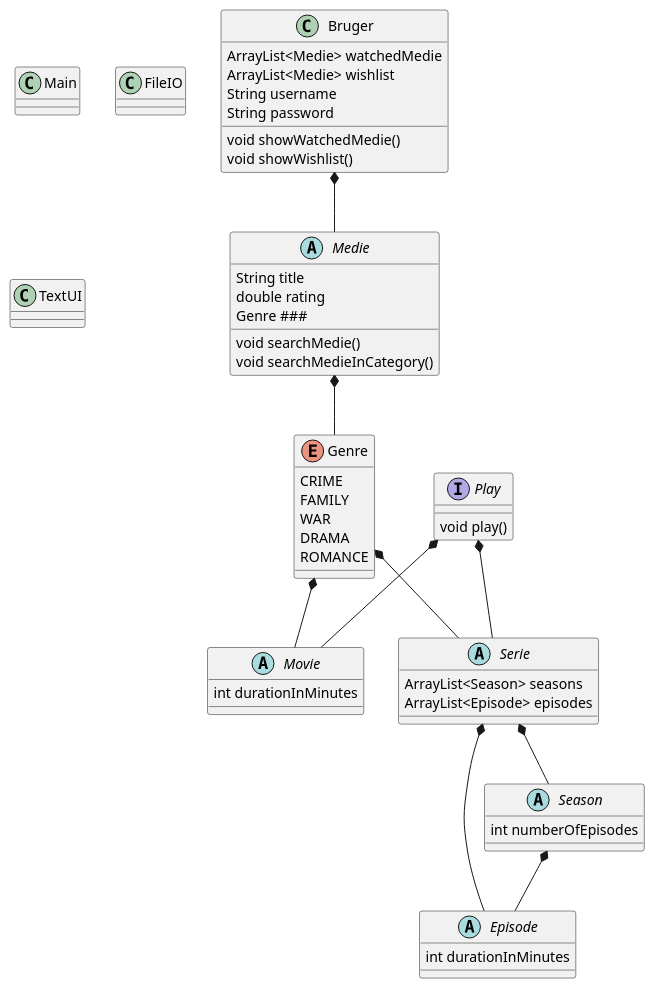
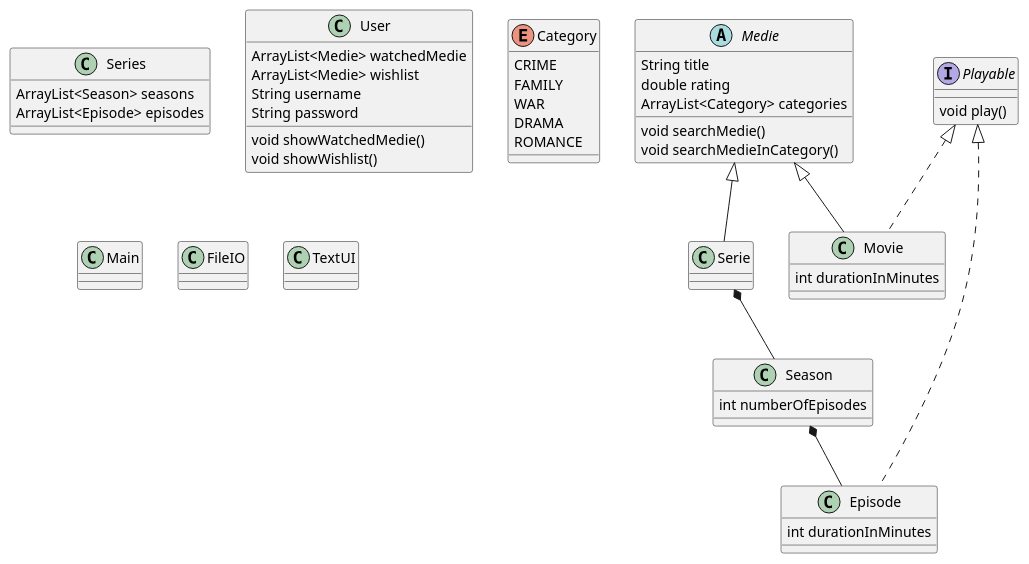
Before and after one commit to EmilMarinovic/SP3: the diagram in doc/classdiagram.puml, drawn with PlantUML. The commit also changed 17 other files, not shown here.

Commit message:
classdiagram

```diff
--- a/doc/classdiagram.puml
+++ b/doc/classdiagram.puml
@@ -1,57 +1,56 @@
 @startuml
 abstract Medie {
 String title
 double rating
-Genre ###
+ArrayList<Category> categories
 void searchMedie()
 void searchMedieInCategory()
 }
-abstract Movie {
+class Movie {
 int durationInMinutes
 }
-abstract Serie {
+class Series {
 ArrayList<Season> seasons
 ArrayList<Episode> episodes
 }
-abstract Season {
+class Season {
 int numberOfEpisodes
 }
-abstract Episode {
+class Episode {
 int durationInMinutes
 }
-class Bruger {
+class User {
 ArrayList<Medie> watchedMedie
 ArrayList<Medie> wishlist
 String username
 String password
 void showWatchedMedie()
 void showWishlist()
 }
-enum Genre {
+enum Category {
 CRIME
 FAMILY
 WAR
 DRAMA
 ROMANCE
 }
 class Main
-interface Play {
+interface Playable {
 void play()
 }
 class FileIO
 class TextUI
 
 
 
 
 
+Medie <|-- Movie
+Medie <|-- Serie
+
 Serie *-- Season
-Serie *-- Episode
-Bruger *-- Medie
 Season *-- Episode
-Medie *-- Genre
-Genre *-- Movie
-Genre *-- Serie
-Play *-- Movie
-Play *-- Serie
+
+Playable <|.. Movie
+Playable <|.. Episode
 @enduml
```
